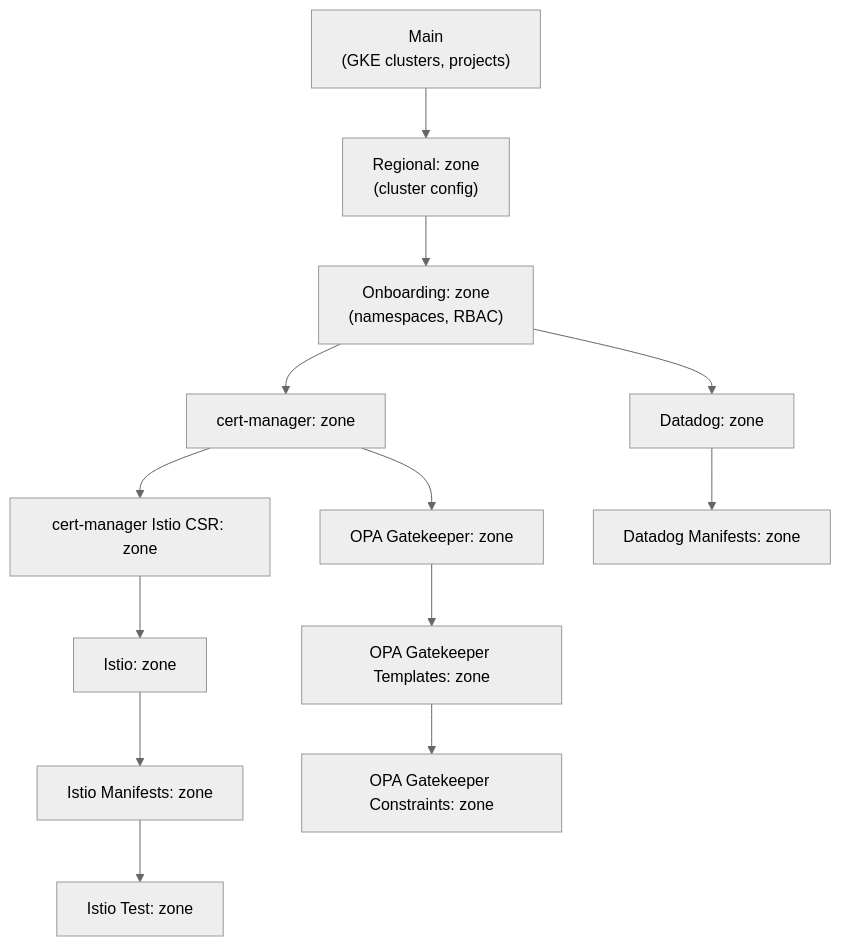
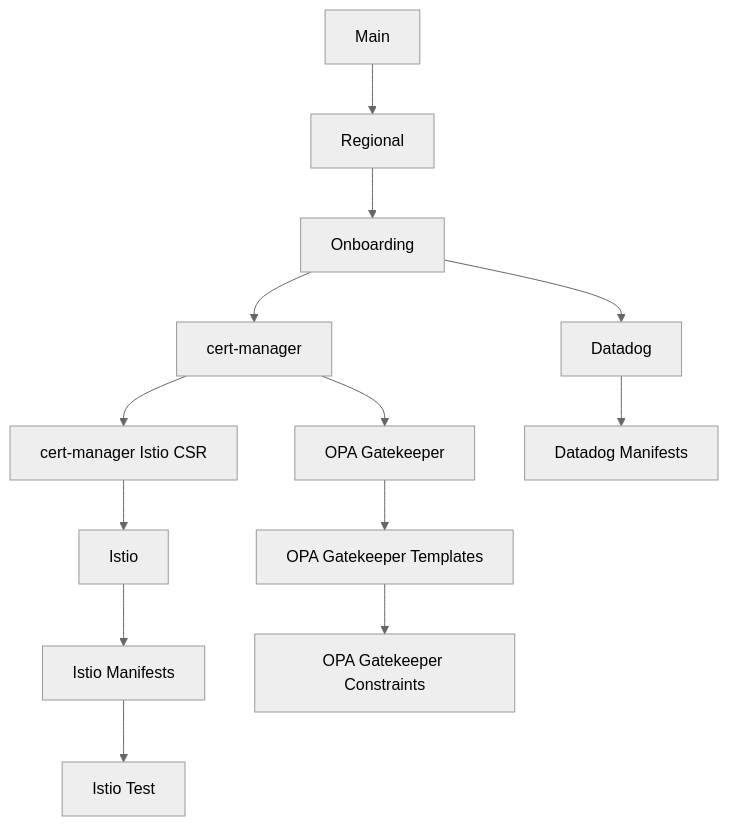
One commit to osinfra-io/pt-pneuma changed the diagram in README.md. Above: the diagram before and after it, drawn with Mermaid (neutral theme).

Commit message:
Clean up Mermaid diagram labels
Remove parenthetical descriptions and the word 'zone' from all node labels.

````diff
--- a/README.md
+++ b/README.md
@@ -34,22 +34,22 @@
 ```mermaid
 flowchart TD
-    main["Main\n(GKE clusters, projects)"]
+    main["Main"]
 
-    main --> zone["Regional: zone\n(cluster config)"]
-    zone --> onboarding["Onboarding: zone\n(namespaces, RBAC)"]
-    onboarding --> cert_manager["cert-manager: zone"]
+    main --> zone["Regional"]
+    zone --> onboarding["Onboarding"]
+    onboarding --> cert_manager["cert-manager"]
 
-    cert_manager --> cert_manager_istio_csr["cert-manager Istio CSR: zone"]
-    cert_manager --> opa_gatekeeper["OPA Gatekeeper: zone"]
+    cert_manager --> cert_manager_istio_csr["cert-manager Istio CSR"]
+    cert_manager --> opa_gatekeeper["OPA Gatekeeper"]
 
-    cert_manager_istio_csr --> istio["Istio: zone"]
+    cert_manager_istio_csr --> istio["Istio"]
 
-    onboarding --> datadog["Datadog: zone"]
+    onboarding --> datadog["Datadog"]
 
-    datadog --> datadog_manifests["Datadog Manifests: zone"]
-    istio --> istio_manifests["Istio Manifests: zone"]
-    istio_manifests --> istio_test["Istio Test: zone"]
+    datadog --> datadog_manifests["Datadog Manifests"]
+    istio --> istio_manifests["Istio Manifests"]
+    istio_manifests --> istio_test["Istio Test"]
 
-    opa_gatekeeper --> opa_gatekeeper_templates["OPA Gatekeeper Templates: zone"]
-    opa_gatekeeper_templates --> opa_gatekeeper_constraints["OPA Gatekeeper Constraints: zone"]
+    opa_gatekeeper --> opa_gatekeeper_templates["OPA Gatekeeper Templates"]
+    opa_gatekeeper_templates --> opa_gatekeeper_constraints["OPA Gatekeeper Constraints"]
 ```
````
